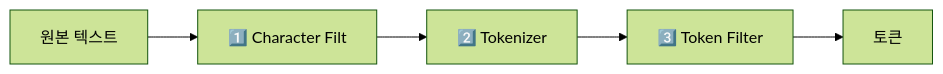
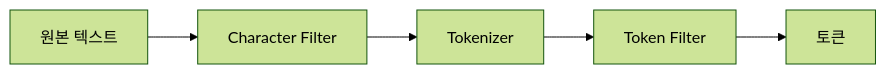
The fifth of 7 diagrams in _posts/nosql/2026-05-03-elasticsearch-deep.md (yjkim2015/yjkim2015.github.io), drawn with Mermaid (forest theme) before and after one commit. The commit also changed other lines of this file and 84 other files, not shown here.

First line of the commit message:
85개 포스트 Mermaid 다이어그램 규칙 일괄 수정

````diff
--- a/_posts/nosql/2026-05-03-elasticsearch-deep.md
+++ b/_posts/nosql/2026-05-03-elasticsearch-deep.md
@@ -199,7 +196,7 @@
 ```mermaid
-flowchart LR
-    INPUT["원본 텍스트"] --> CF["1️⃣ Character Filt"]
-    CF --> TK["2️⃣ Tokenizer"]
-    TK --> TF["3️⃣ Token Filter"]
+graph LR
+    INPUT["원본 텍스트"] --> CF["Character Filter"]
+    CF --> TK["Tokenizer"]
+    TK --> TF["Token Filter"]
     TF --> TERMS["토큰"]
 ```
````
